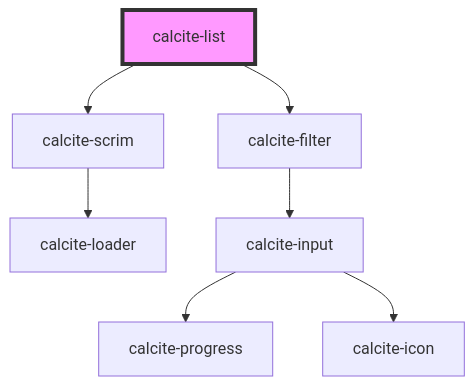
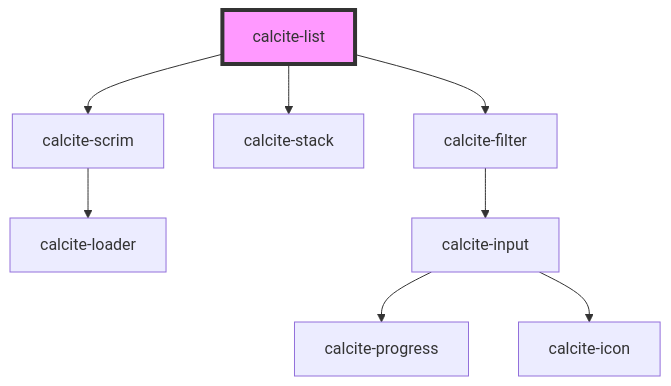
One commit to vikivakarvc/calcite-design-system changed the diagram in packages/calcite-components/src/components/list/readme.md. Above: the diagram before and after it, drawn with Mermaid. The commit also changed other lines of this file and 91 other files, not shown here.

````diff
--- a/packages/calcite-components/src/components/list/readme.md
+++ b/packages/calcite-components/src/components/list/readme.md
@@ -170,10 +221,11 @@
 ```mermaid
 graph TD;
   calcite-list --> calcite-scrim
+  calcite-list --> calcite-stack
   calcite-list --> calcite-filter
   calcite-scrim --> calcite-loader
   calcite-filter --> calcite-input
   calcite-input --> calcite-progress
   calcite-input --> calcite-icon
   style calcite-list fill:#f9f,stroke:#333,stroke-width:4px
 ```
````
